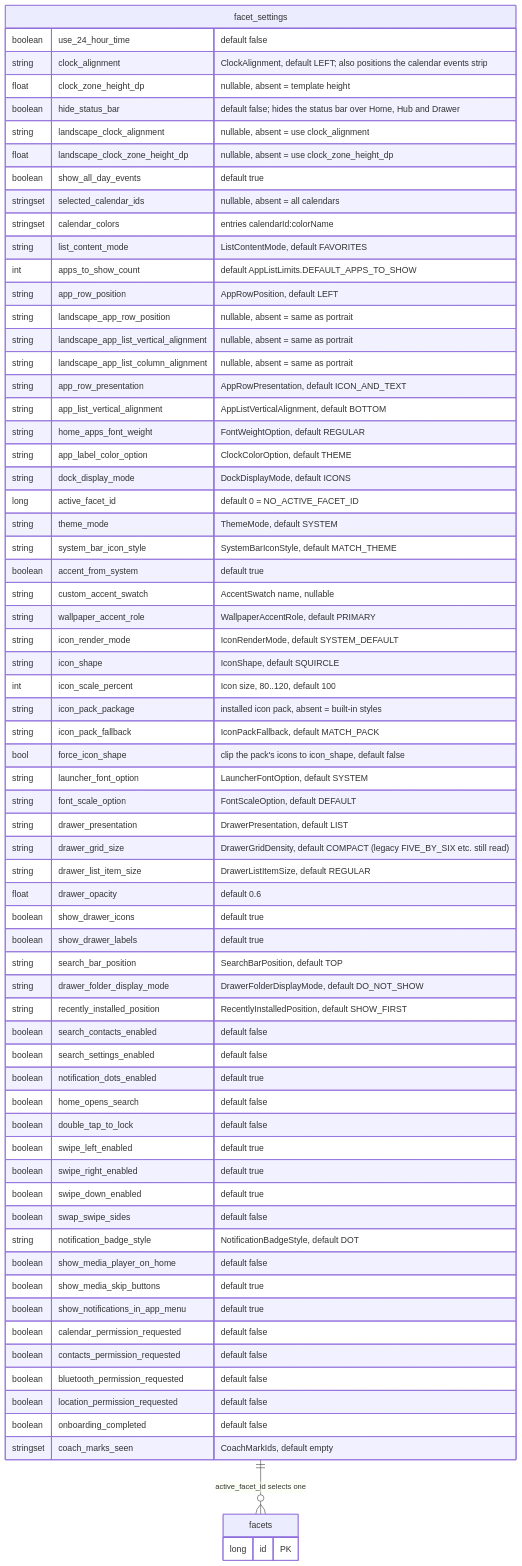
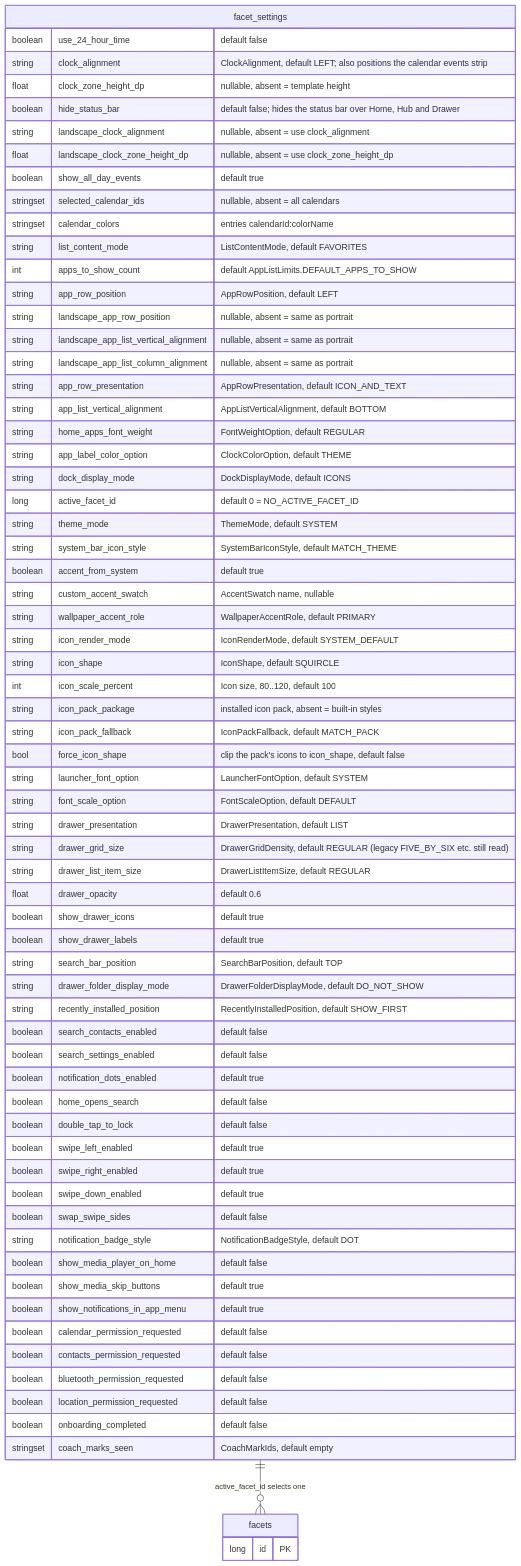
The third of 3 diagrams in docs/architecture/02-persistence-room.md (rohitganjam/facet-launcher), drawn with Mermaid before and after one commit. The commit also changed other lines of this file and 38 other files, not shown here.

````diff
--- a/docs/architecture/02-persistence-room.md
+++ b/docs/architecture/02-persistence-room.md
@@ -388,73 +417,73 @@
 ```mermaid
 erDiagram
     facet_settings {
         boolean use_24_hour_time "default false"
         string clock_alignment "ClockAlignment, default LEFT; also positions the calendar events strip"
         float clock_zone_height_dp "nullable, absent = template height"
         boolean hide_status_bar "default false; hides the status bar over Home, Hub and Drawer"
         string landscape_clock_alignment "nullable, absent = use clock_alignment"
         float landscape_clock_zone_height_dp "nullable, absent = use clock_zone_height_dp"
         boolean show_all_day_events "default true"
         stringset selected_calendar_ids "nullable, absent = all calendars"
         stringset calendar_colors "entries calendarId:colorName"
         string list_content_mode "ListContentMode, default FAVORITES"
         int apps_to_show_count "default AppListLimits.DEFAULT_APPS_TO_SHOW"
         string app_row_position "AppRowPosition, default LEFT"
         string landscape_app_row_position "nullable, absent = same as portrait"
         string landscape_app_list_vertical_alignment "nullable, absent = same as portrait"
         string landscape_app_list_column_alignment "nullable, absent = same as portrait"
         string app_row_presentation "AppRowPresentation, default ICON_AND_TEXT"
         string app_list_vertical_alignment "AppListVerticalAlignment, default BOTTOM"
         string home_apps_font_weight "FontWeightOption, default REGULAR"
         string app_label_color_option "ClockColorOption, default THEME"
         string dock_display_mode "DockDisplayMode, default ICONS"
         long active_facet_id "default 0 = NO_ACTIVE_FACET_ID"
         string theme_mode "ThemeMode, default SYSTEM"
         string system_bar_icon_style "SystemBarIconStyle, default MATCH_THEME"
         boolean accent_from_system "default true"
         string custom_accent_swatch "AccentSwatch name, nullable"
         string wallpaper_accent_role "WallpaperAccentRole, default PRIMARY"
         string icon_render_mode "IconRenderMode, default SYSTEM_DEFAULT"
         string icon_shape "IconShape, default SQUIRCLE"
         int icon_scale_percent "Icon size, 80..120, default 100"
         string icon_pack_package "installed icon pack, absent = built-in styles"
         string icon_pack_fallback "IconPackFallback, default MATCH_PACK"
         bool force_icon_shape "clip the pack's icons to icon_shape, default false"
         string launcher_font_option "LauncherFontOption, default SYSTEM"
         string font_scale_option "FontScaleOption, default DEFAULT"
         string drawer_presentation "DrawerPresentation, default LIST"
-        string drawer_grid_size "DrawerGridDensity, default COMPACT (legacy FIVE_BY_SIX etc. still read)"
+        string drawer_grid_size "DrawerGridDensity, default REGULAR (legacy FIVE_BY_SIX etc. still read)"
         string drawer_list_item_size "DrawerListItemSize, default REGULAR"
         float drawer_opacity "default 0.6"
         boolean show_drawer_icons "default true"
         boolean show_drawer_labels "default true"
         string search_bar_position "SearchBarPosition, default TOP"
         string drawer_folder_display_mode "DrawerFolderDisplayMode, default DO_NOT_SHOW"
         string recently_installed_position "RecentlyInstalledPosition, default SHOW_FIRST"
         boolean search_contacts_enabled "default false"
         boolean search_settings_enabled "default false"
         boolean notification_dots_enabled "default true"
         boolean home_opens_search "default false"
         boolean double_tap_to_lock "default false"
         boolean swipe_left_enabled "default true"
         boolean swipe_right_enabled "default true"
         boolean swipe_down_enabled "default true"
         boolean swap_swipe_sides "default false"
         string notification_badge_style "NotificationBadgeStyle, default DOT"
         boolean show_media_player_on_home "default false"
         boolean show_media_skip_buttons "default true"
         boolean show_notifications_in_app_menu "default true"
         boolean calendar_permission_requested "default false"
         boolean contacts_permission_requested "default false"
         boolean bluetooth_permission_requested "default false"
         boolean location_permission_requested "default false"
         boolean onboarding_completed "default false"
         stringset coach_marks_seen "CoachMarkIds, default empty"
     }
 
     facets {
         long id PK
     }
 
     facet_settings ||--o{ facets : "active_facet_id selects one"
 ```
````
